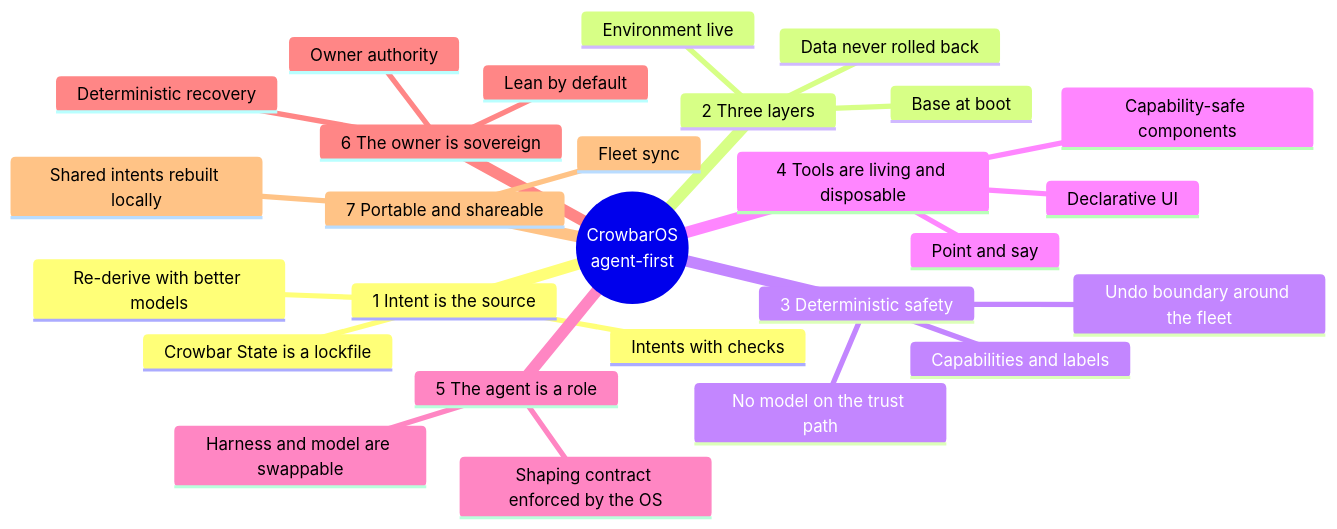
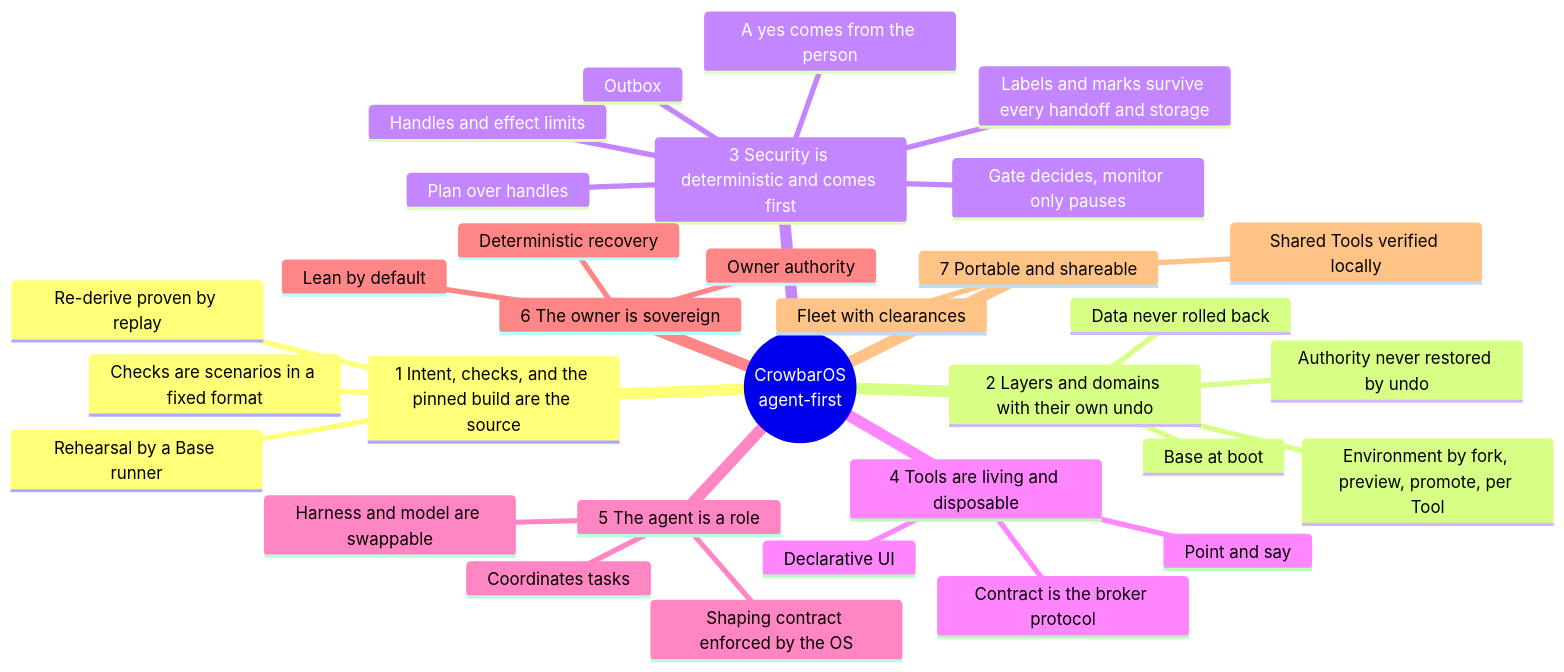
One commit to crowbaros/crowbaros changed the second of 5 diagrams in docs/agent-first/VISION.md. Above: the diagram before and after it, drawn with Mermaid. The commit also changed other lines of this file and 25 other files, not shown here.

````diff
--- a/docs/agent-first/VISION.md
+++ b/docs/agent-first/VISION.md
@@ -51,30 +70,35 @@
 ```mermaid
 mindmap
   root((CrowbarOS<br/>agent-first))
-    1 Intent is the source
-      Intents with checks
-      Crowbar State is a lockfile
-      Re-derive with better models
-    2 Three layers
+    1 Intent, checks, and the pinned build are the source
+      Checks are scenarios in a fixed format
+      Rehearsal by a Base runner
+      Re-derive proven by replay
+    2 Layers and domains with their own undo
       Base at boot
-      Environment live
+      Environment by fork, preview, promote, per Tool
       Data never rolled back
-    3 Deterministic safety
-      Undo boundary around the fleet
-      Capabilities and labels
-      No model on the trust path
+      Authority never restored by undo
+    3 Security is deterministic and comes first
+      Handles and effect limits
+      Gate decides, monitor only pauses
+      Labels and marks survive every handoff and storage
+      Plan over handles
+      A yes comes from the person
+      Outbox
     4 Tools are living and disposable
-      Capability-safe components
+      Contract is the broker protocol
       Declarative UI
       Point and say
     5 The agent is a role
+      Coordinates tasks
       Harness and model are swappable
       Shaping contract enforced by the OS
     6 The owner is sovereign
       Owner authority
       Lean by default
       Deterministic recovery
     7 Portable and shareable
-      Fleet sync
-      Shared intents rebuilt locally
+      Fleet with clearances
+      Shared Tools verified locally
 ```
````
